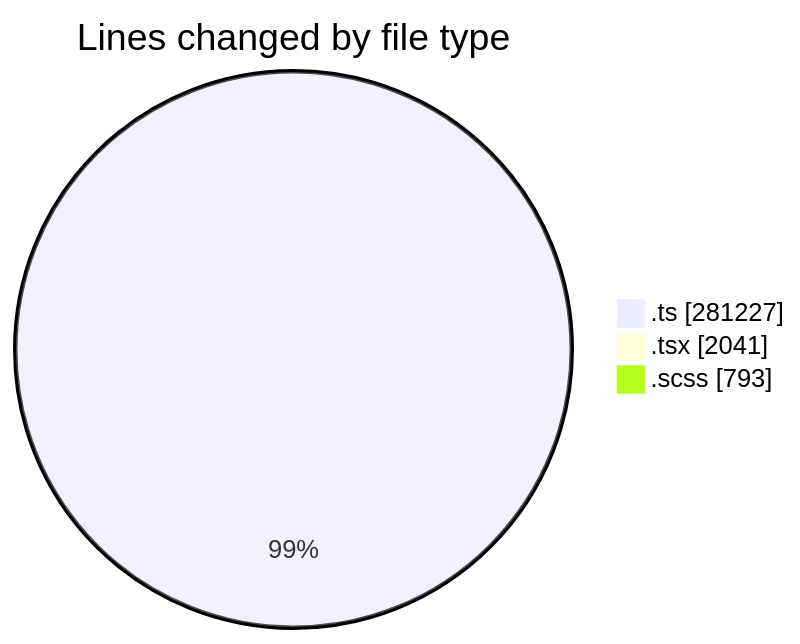
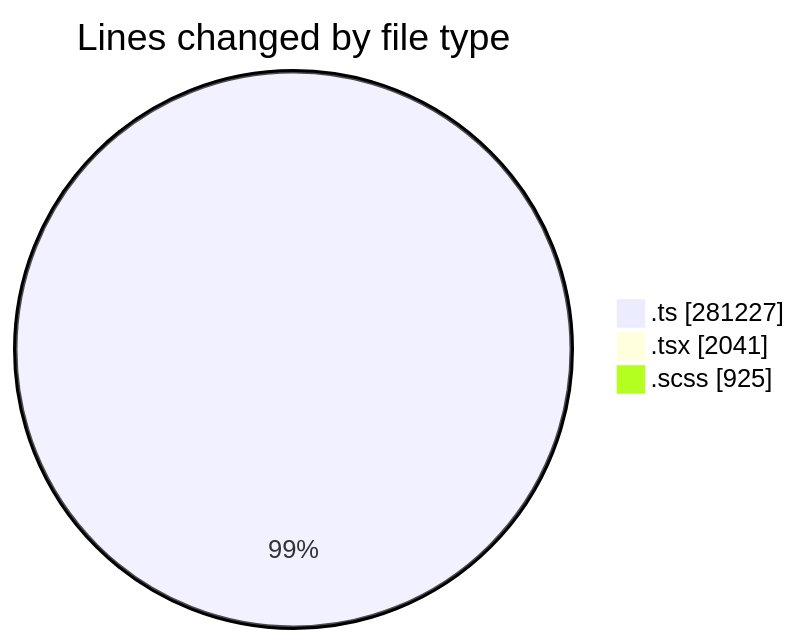
Before and after one commit to momahboobian/code-tracking: the first of 2 diagrams in 2025-08-22/cda/README.md, drawn with Mermaid. The commit also changed other lines of this file and 1 other file, not shown here.

````diff
--- a/2025-08-22/cda/README.md
+++ b/2025-08-22/cda/README.md
@@ -42,7 +43,7 @@
 ```mermaid
 pie showData
 title Lines changed by file type
 ".ts" : 281227
 ".tsx" : 2041
-".scss" : 793
+".scss" : 925
 ```
````
